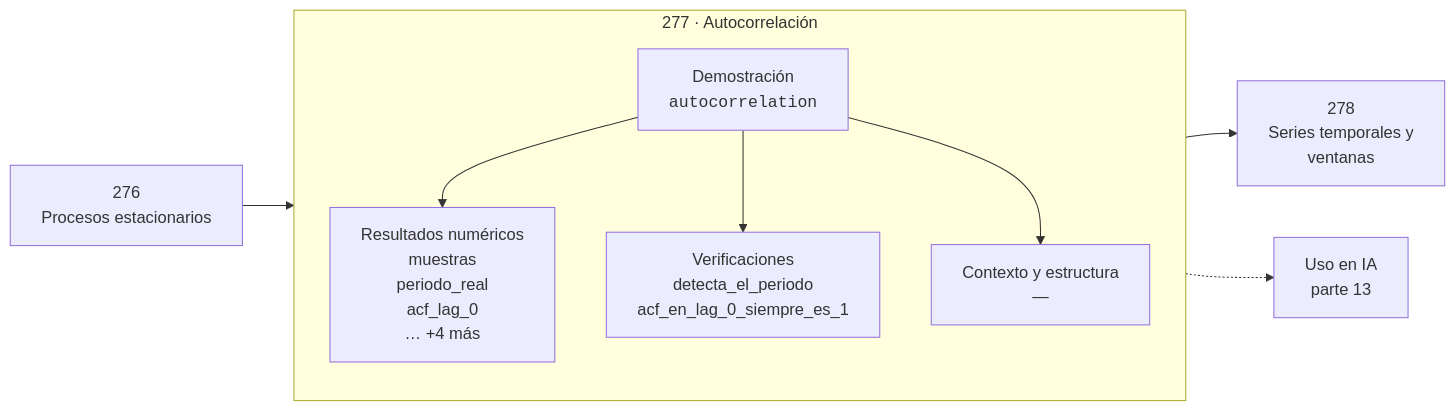
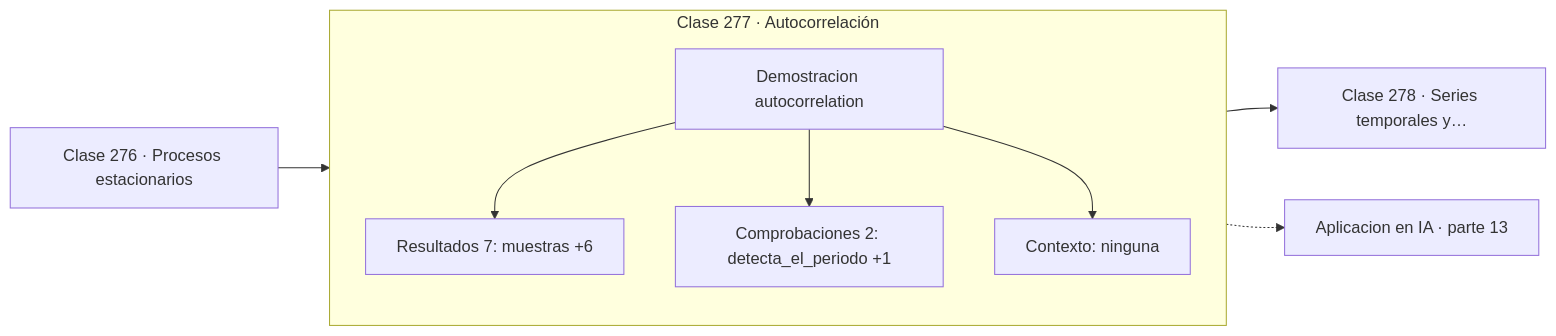
Before and after one commit to vladimiracunadev-create/computational-mathematics-program: the diagram in classes/part-13-teoria-de-la-informacion-senales-y-series/277-autocorrelacion/README.md, drawn with Mermaid. The commit also changed 389 other files, not shown here.

First line of the commit message:
fix(diagramas): elimina el HTML de las etiquetas Mermaid

````diff
--- a/classes/part-13-teoria-de-la-informacion-senales-y-series/277-autocorrelacion/README.md
+++ b/classes/part-13-teoria-de-la-informacion-senales-y-series/277-autocorrelacion/README.md
@@ -30,12 +30,13 @@
 ```mermaid
 flowchart LR
-    P["276<br/>Procesos estacionarios"] --> C
-    subgraph C["277 · Autocorrelación"]
+    P["Clase 276 · Procesos estacionarios"] --> D
+    subgraph CLASE["Clase 277 · Autocorrelación"]
         direction TB
-        D["Demostración<br/><code>autocorrelation</code>"] --> R["Resultados numéricos<br/>muestras<br/>periodo_real<br/>acf_lag_0<br/>… +4 más"]
-        D --> V["Verificaciones<br/>detecta_el_periodo<br/>acf_en_lag_0_siempre_es_1"]
-        D --> O["Contexto y estructura<br/>—"]
+        D["Demostracion autocorrelation"]
+        D --> R["Resultados 7: muestras +6"]
+        D --> V["Comprobaciones 2: detecta_el_periodo +1"]
+        D --> O["Contexto: ninguna"]
     end
-    C --> N["278<br/>Series temporales y<br/>ventanas"]
-    C -.-> IA["Uso en IA<br/>parte 13"]
+    R --> N["Clase 278 · Series temporales y…"]
+    V -.-> IA["Aplicacion en IA · parte 13"]
 ```
````
